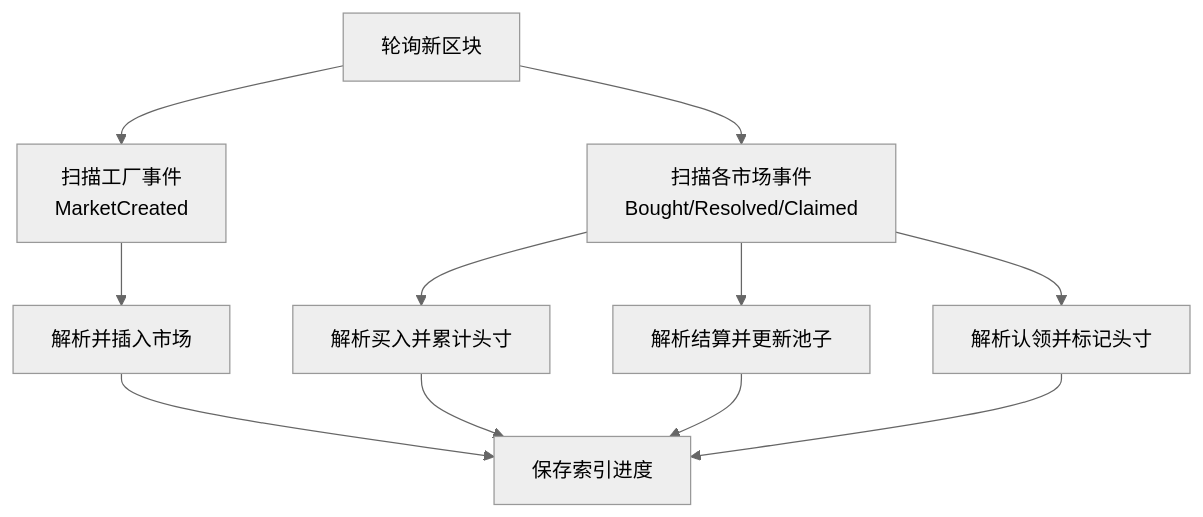
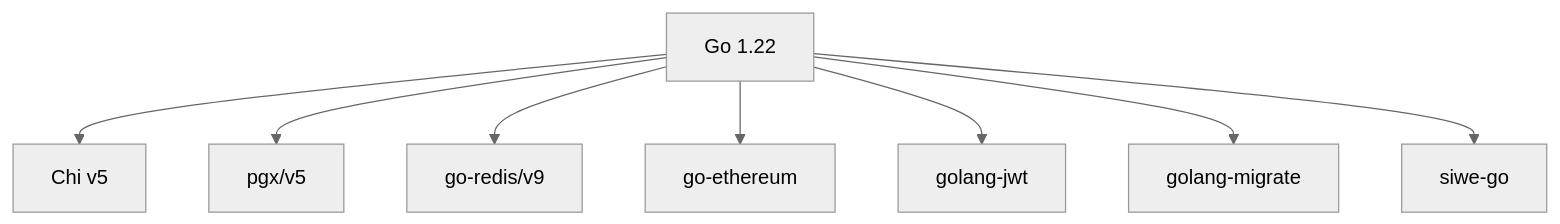
Before and after one commit to SimonHofman/PredictionDIDSimple: the fifth of 5 diagrams in backend/.qoder/repowiki/zh/content/项目概述.md, drawn with Mermaid (neutral theme). The commit also changed other lines of this file and 162 other files, not shown here.

````diff
--- a/backend/.qoder/repowiki/zh/content/项目概述.md
+++ b/backend/.qoder/repowiki/zh/content/项目概述.md
@@ -265,13 +339,10 @@
 ```mermaid
-flowchart TD
-Poll["轮询新区块"] --> ScanFactory["扫描工厂事件<br/>MarketCreated"]
-Poll --> ScanMarkets["扫描各市场事件<br/>Bought/Resolved/Claimed"]
-ScanFactory --> HandleCreated["解析并插入市场"]
-ScanMarkets --> HandleBuy["解析买入并累计头寸"]
-ScanMarkets --> HandleResolve["解析结算并更新池子"]
-ScanMarkets --> HandleClaim["解析认领并标记头寸"]
-HandleCreated --> SaveState["保存索引进度"]
-HandleBuy --> SaveState
-HandleResolve --> SaveState
-HandleClaim --> SaveState
+graph TB
+GO["Go 1.22"] --> CHI["Chi v5"]
+GO --> PGX["pgx/v5"]
+GO --> REDIS["go-redis/v9"]
+GO --> ETH["go-ethereum"]
+GO --> JWT["golang-jwt"]
+GO --> MIG["golang-migrate"]
+GO --> SIWE["siwe-go"]
 ```
````
